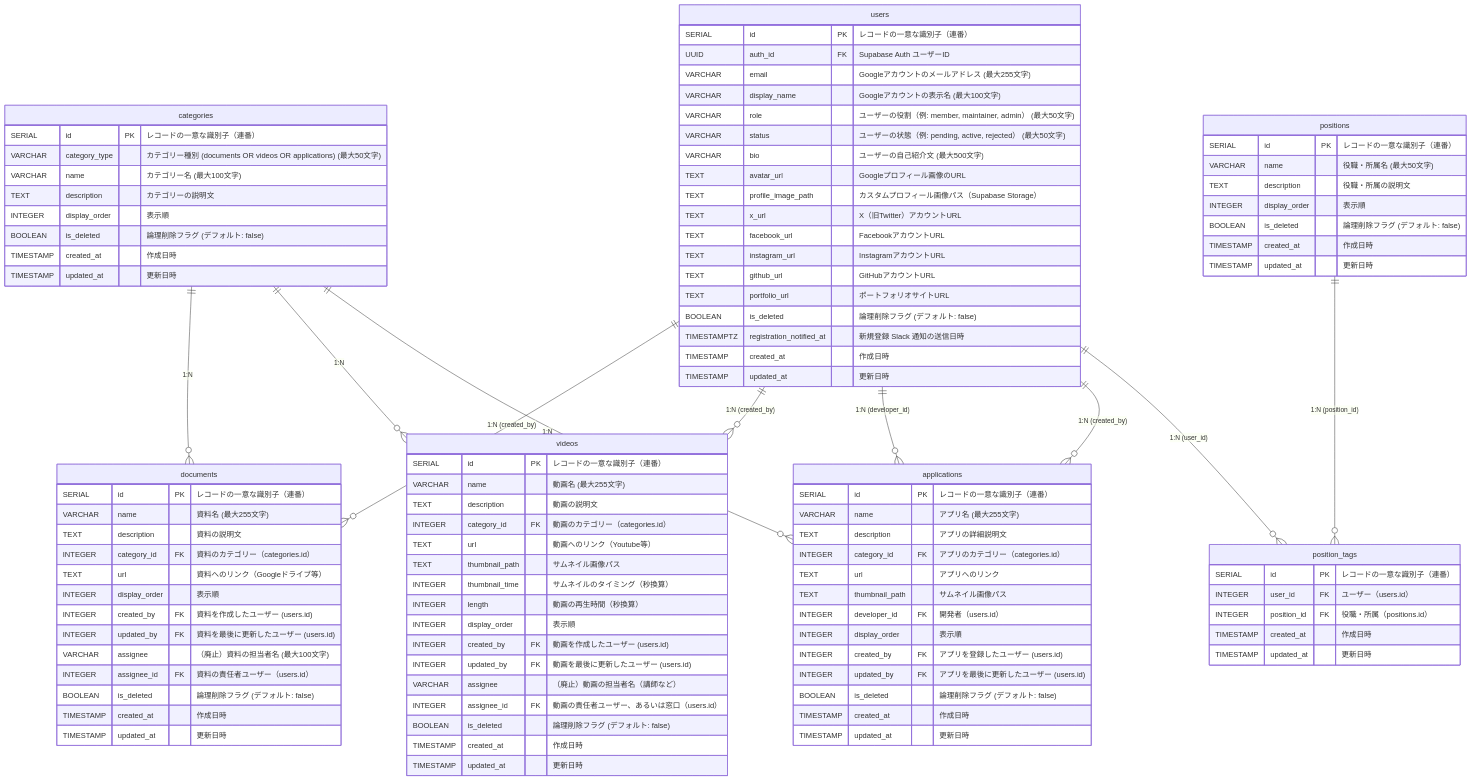
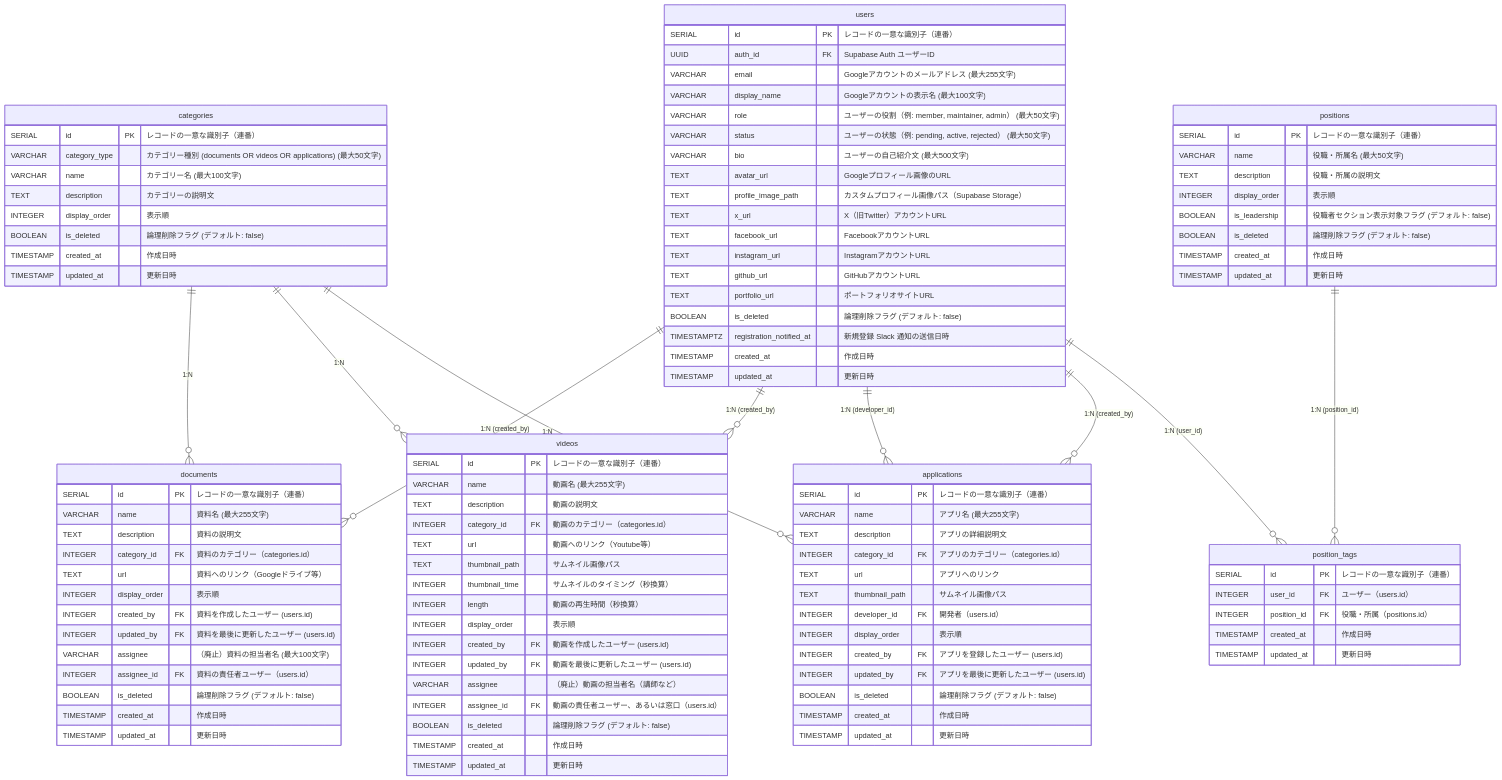
The diagram in docs/database.md (Singuralitylabs/portal-site), drawn with Mermaid before and after one commit. The commit also changed other lines of this file and 5 other files, not shown here.

```diff
--- a/docs/database.md
+++ b/docs/database.md
@@ -252,6 +253,7 @@
         VARCHAR name "役職・所属名 (最大50文字)"
         TEXT description "役職・所属の説明文"
         INTEGER display_order "表示順"
+        BOOLEAN is_leadership "役職者セクション表示対象フラグ (デフォルト: false)"
         BOOLEAN is_deleted "論理削除フラグ (デフォルト: false)"
         TIMESTAMP created_at "作成日時"
         TIMESTAMP updated_at "更新日時"
```
